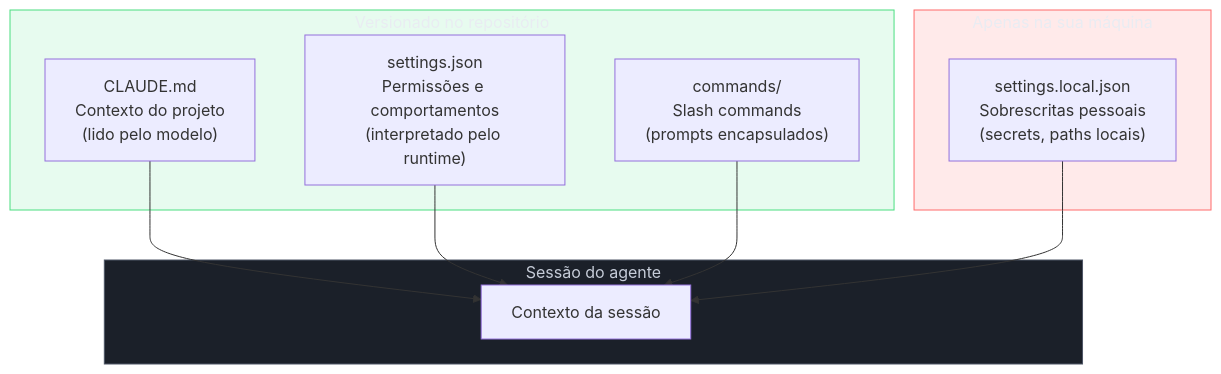
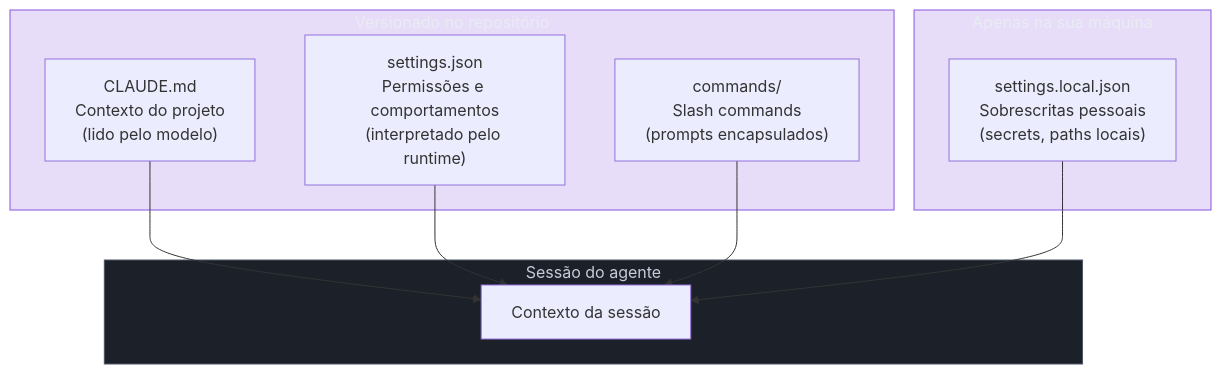
Before and after one commit to josenaldo/codex-technomanticus: the first of 2 diagrams in 03-Dominios/Tecnologia/IA/Claude Code/Configuração/07 - Pasta .claude.md, drawn with Mermaid. The commit also changed 601 other files, not shown here.

````diff
--- a/03-Dominios/Tecnologia/IA/Claude Code/Configuração/07 - Pasta .claude.md
+++ b/03-Dominios/Tecnologia/IA/Claude Code/Configuração/07 - Pasta .claude.md
@@ -49,28 +49,27 @@
 ```mermaid
 flowchart TD
-    classDef ok fill:#4ADE8021,stroke:#4ADE80,color:#E9ECF2
-    classDef falha fill:#FF6B6B24,stroke:#FF6B6B,color:#E9ECF2
+    classDef marca fill:#8855DF33,stroke:#8855DF,color:#E9ECF2
     classDef neutro fill:#1B2029,stroke:#4E5666,color:#C6CCD8
     subgraph Git["Versionado no repositório"]
         CM["CLAUDE.md\nContexto do projeto\n(lido pelo modelo)"]
         SJ["settings.json\nPermissões e comportamentos\n(interpretado pelo runtime)"]
         CMD["commands/\nSlash commands\n(prompts encapsulados)"]
     end
 
     subgraph Local["Apenas na sua máquina"]
         SL["settings.local.json\nSobrescritas pessoais\n(secrets, paths locais)"]
     end
 
     subgraph Agent["Sessão do agente"]
         CTX["Contexto da sessão"]
     end
 
     CM --> CTX
     SJ --> CTX
     CMD --> CTX
     SL --> CTX
 
-    class Git ok
-    class Local falha
+    class Git marca
+    class Local marca
     class Agent neutro
 ```
````
